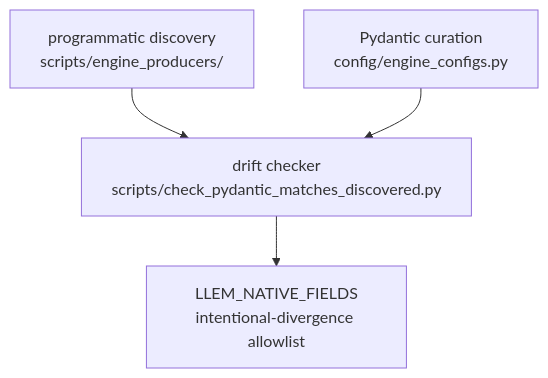
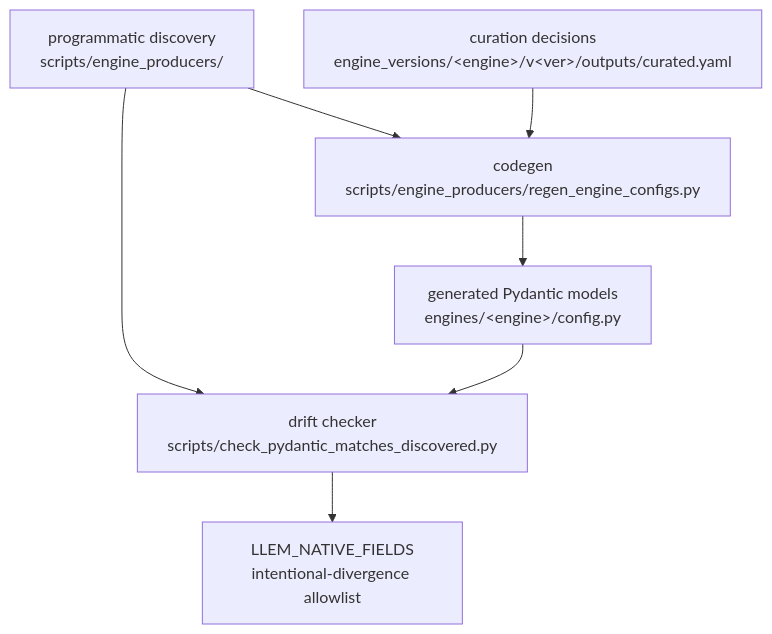
Before and after one commit to henrycgbaker/LLenergyMeasure: the diagram in docs/explanation/architecture/parameter-curation.md, drawn with Mermaid. The commit also changed other lines of this file and 9 other files, not shown here.

````diff
--- a/docs/explanation/architecture/parameter-curation.md
+++ b/docs/explanation/architecture/parameter-curation.md
@@ -13,11 +13,16 @@
 ```mermaid
 flowchart TD
     discovery[programmatic discovery<br/>scripts/engine_producers/]
-    pydantic[Pydantic curation<br/>config/engine_configs.py]
+    curated[curation decisions<br/>engine_versions/&lt;engine&gt;/v&lt;ver&gt;/outputs/curated.yaml]
+    codegen[codegen<br/>scripts/engine_producers/regen_engine_configs.py]
+    pydantic[generated Pydantic models<br/>engines/&lt;engine&gt;/config.py]
     drift[drift checker<br/>scripts/check_pydantic_matches_discovered.py]
     allowlist[LLEM_NATIVE_FIELDS<br/>intentional-divergence allowlist]
 
+    discovery --> codegen
+    curated --> codegen
+    codegen --> pydantic
     discovery --> drift
     pydantic --> drift
     drift --> allowlist
 ```
````
